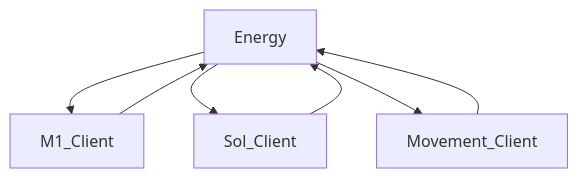
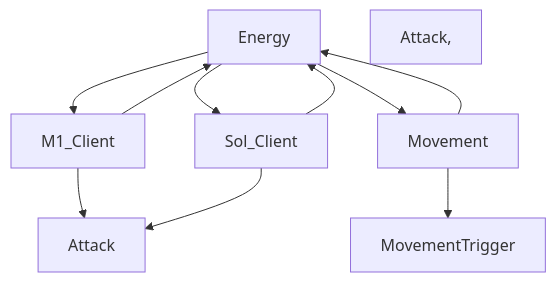
One commit to altair5607249/Crusaders-Game changed the diagram in README.md. Above: the diagram before and after it, drawn with Mermaid.

````diff
--- a/README.md
+++ b/README.md
@@ -21,9 +21,14 @@
 ```mermaid
 graph TD;
-  Energy-->M1_Client;
-  Energy-->Sol_Client;
-  Energy-->Movement_Client;
-  M1_Client-->Energy;
-  Sol_Client-->Energy;
-  Movement_Client-->Energy;
+
+  classDef remoteEvent fill:#FF7F00
+
+  Energy-->M1_Client-->Energy;
+  Energy-->Sol_Client-->Energy;
+  Energy-->Movement-->Energy;
+  M1_Client-->Attack;
+  Sol_Client-->Attack;
+  Movement-->MovementTrigger;
+
+  style Attack, MovementTrigger remoteEvent
 ```  
````
